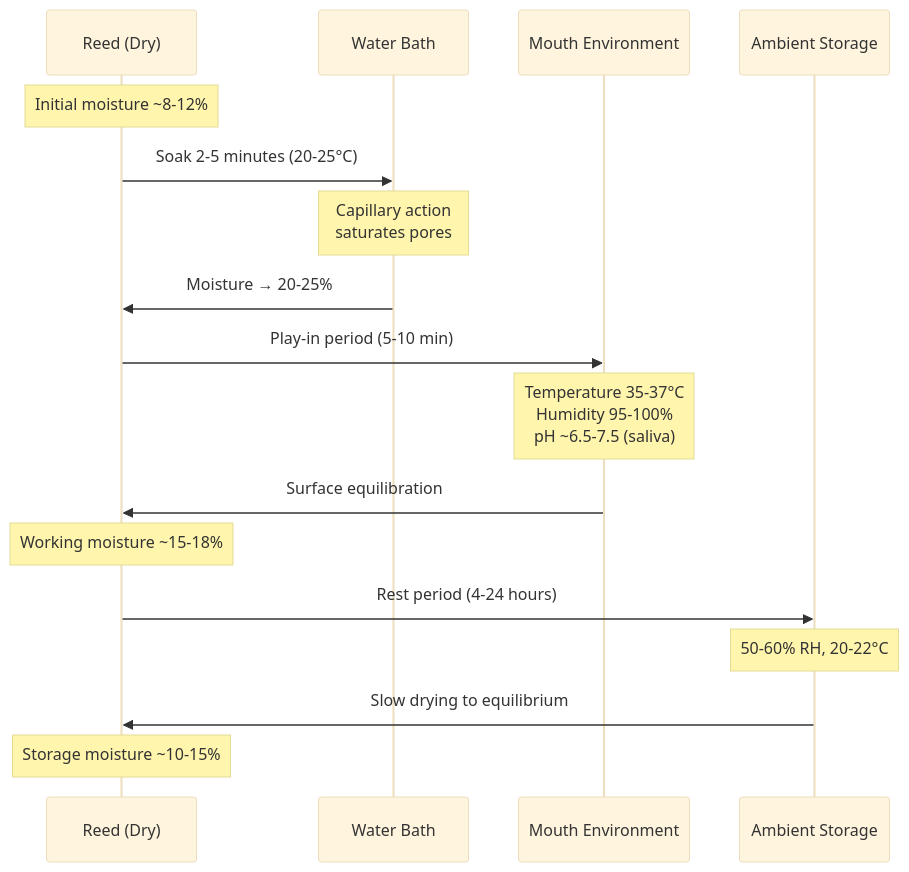
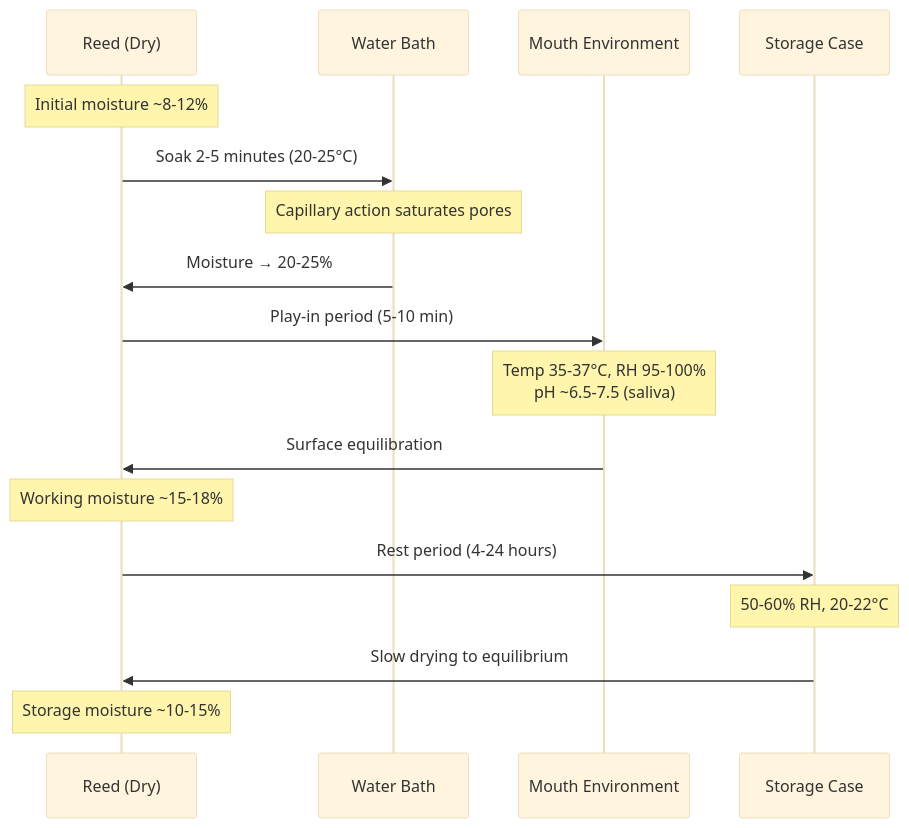
The third of 4 diagrams in topics/arts/music_performance/woodwinds/lesson_02_reed_care_and_maintenance.md (blebleblee/synapse), drawn with Mermaid (base theme) before and after one commit. The commit also changed other lines of this file and 4 other files, not shown here.

````diff
--- a/topics/arts/music_performance/woodwinds/lesson_02_reed_care_and_maintenance.md
+++ b/topics/arts/music_performance/woodwinds/lesson_02_reed_care_and_maintenance.md
@@ -121,20 +131,20 @@
 ```mermaid
 sequenceDiagram
     participant R as Reed (Dry)
     participant W as Water Bath
     participant M as Mouth Environment
-    participant A as Ambient Storage
+    participant A as Storage Case
     
     Note over R: Initial moisture ~8-12%
     R->>W: Soak 2-5 minutes (20-25°C)
-    Note over W: Capillary action<br/>saturates pores
+    Note over W: Capillary action saturates pores
     W->>R: Moisture → 20-25%
     R->>M: Play-in period (5-10 min)
-    Note over M: Temperature 35-37°C<br/>Humidity 95-100%<br/>pH ~6.5-7.5 (saliva)
+    Note over M: Temp 35-37°C, RH 95-100%<br/>pH ~6.5-7.5 (saliva)
     M->>R: Surface equilibration
     Note over R: Working moisture ~15-18%
     R->>A: Rest period (4-24 hours)
     Note over A: 50-60% RH, 20-22°C
     A->>R: Slow drying to equilibrium
     Note over R: Storage moisture ~10-15%
 ```
````
